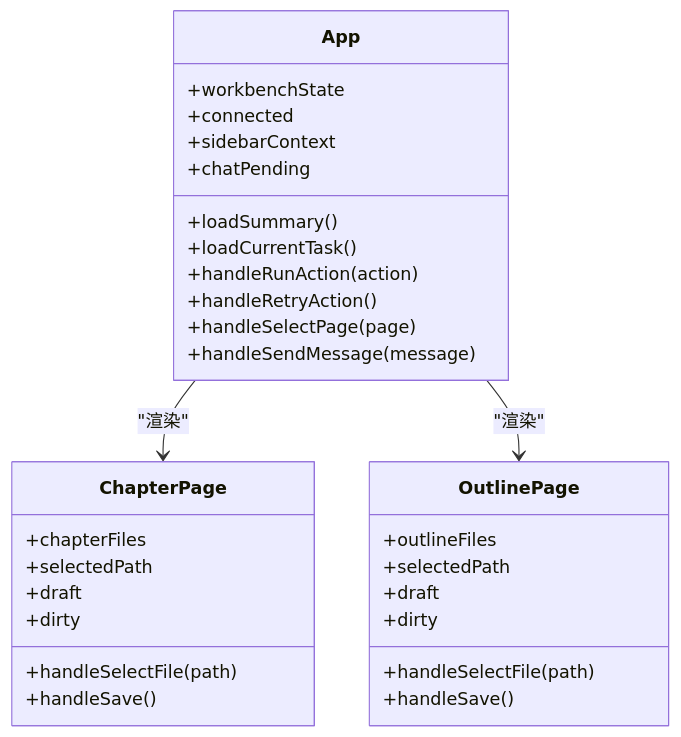
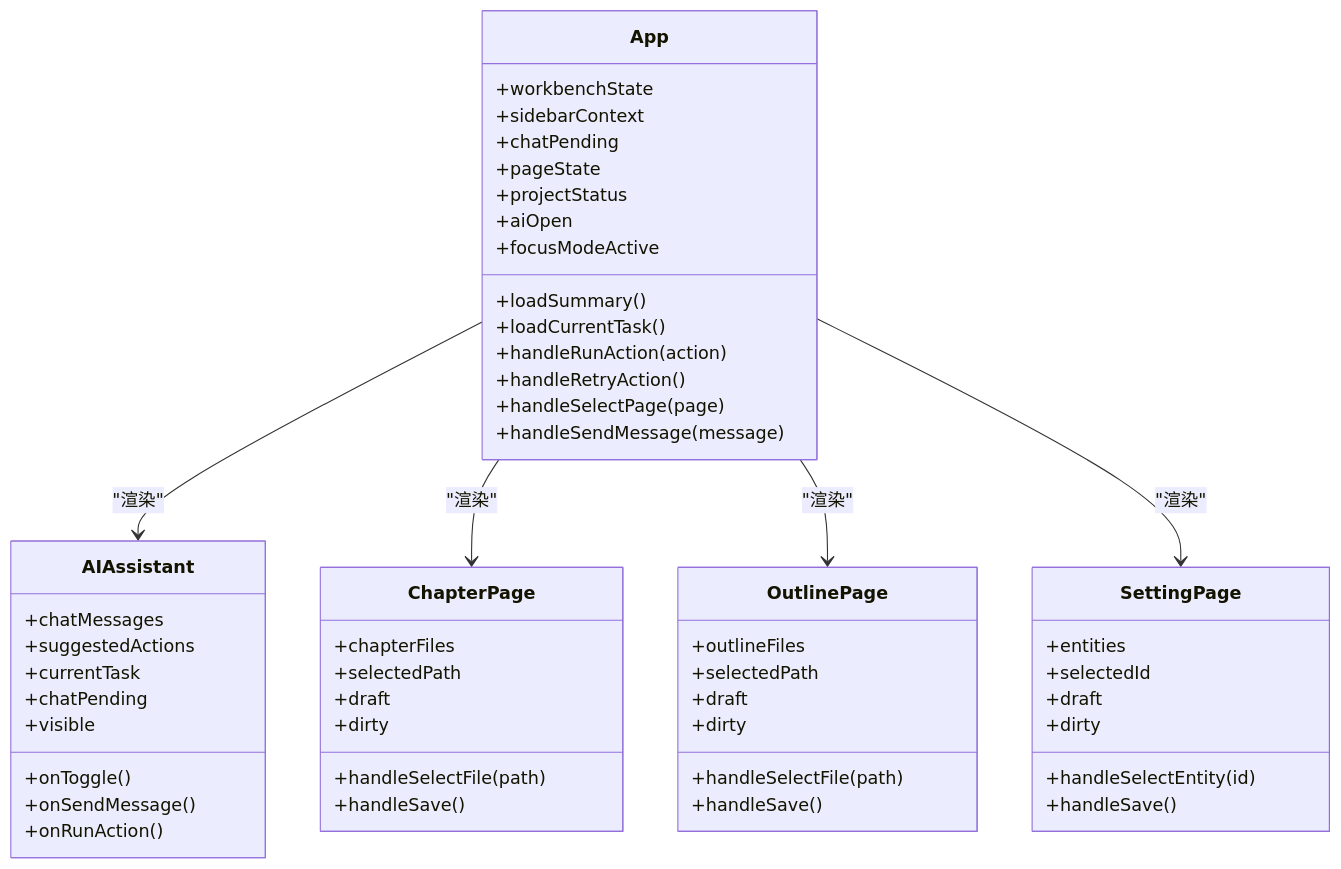
One commit to ssffpt/webnovel-writer changed the fifth of 8 diagrams in .qoder/repowiki/zh/content/写作工作台/写作工作台.md. Above: the diagram before and after it, drawn with Mermaid. The commit also changed other lines of this file and 13 other files, not shown here.

````diff
--- a/.qoder/repowiki/zh/content/写作工作台/写作工作台.md
+++ b/.qoder/repowiki/zh/content/写作工作台/写作工作台.md
@@ -245,33 +312,56 @@
 ```mermaid
 classDiagram
 class App {
 +workbenchState
-+connected
 +sidebarContext
 +chatPending
++pageState
++projectStatus
++aiOpen
++focusModeActive
 +loadSummary()
 +loadCurrentTask()
 +handleRunAction(action)
 +handleRetryAction()
 +handleSelectPage(page)
 +handleSendMessage(message)
+}
+class AIAssistant {
++chatMessages
++suggestedActions
++currentTask
++chatPending
++visible
++onToggle()
++onSendMessage()
++onRunAction()
 }
 class ChapterPage {
 +chapterFiles
 +selectedPath
 +draft
 +dirty
 +handleSelectFile(path)
 +handleSave()
 }
 class OutlinePage {
 +outlineFiles
 +selectedPath
 +draft
 +dirty
 +handleSelectFile(path)
 +handleSave()
 }
+class SettingPage {
++entities
++selectedId
++draft
++dirty
++handleSelectEntity(id)
++handleSave()
+}
+App --> AIAssistant : "渲染"
 App --> ChapterPage : "渲染"
 App --> OutlinePage : "渲染"
+App --> SettingPage : "渲染"
 ```
````
